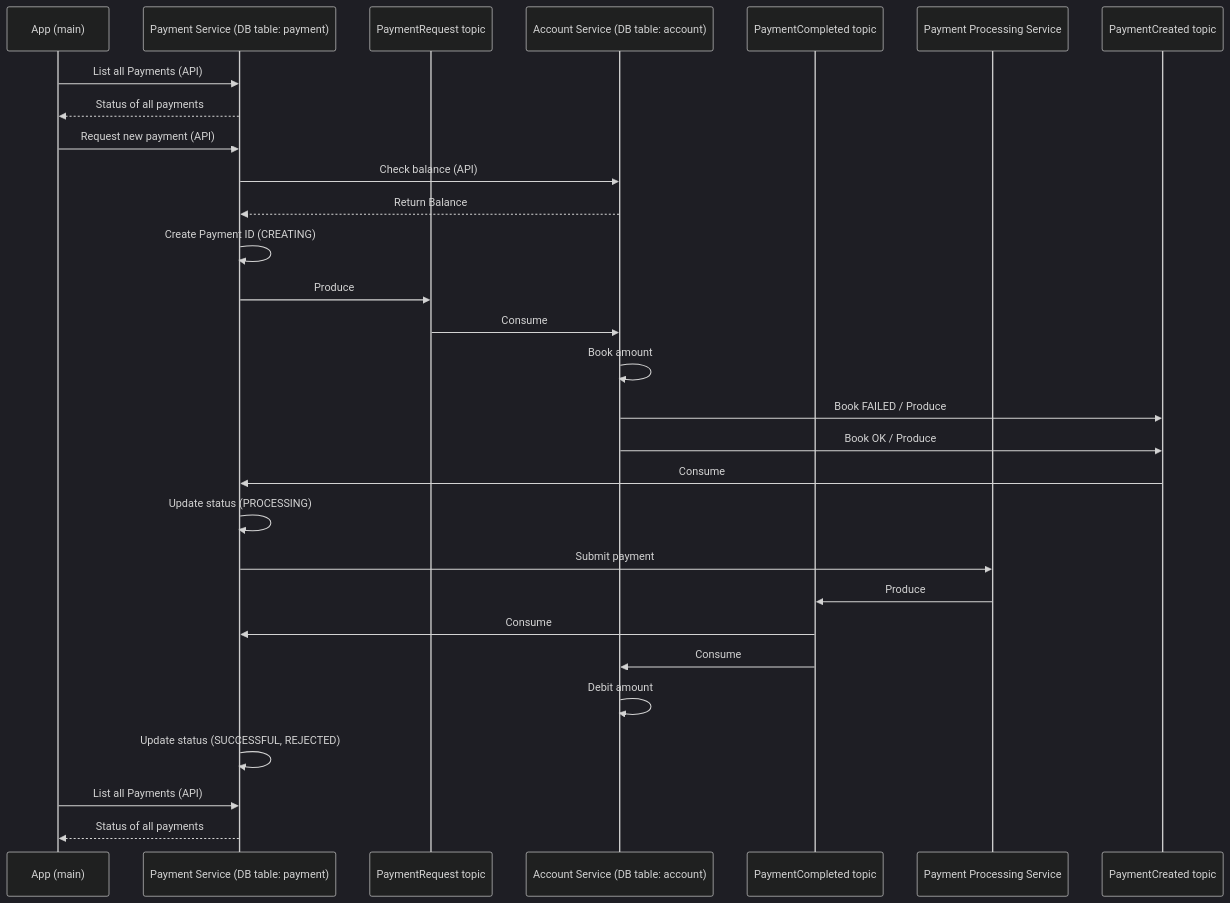
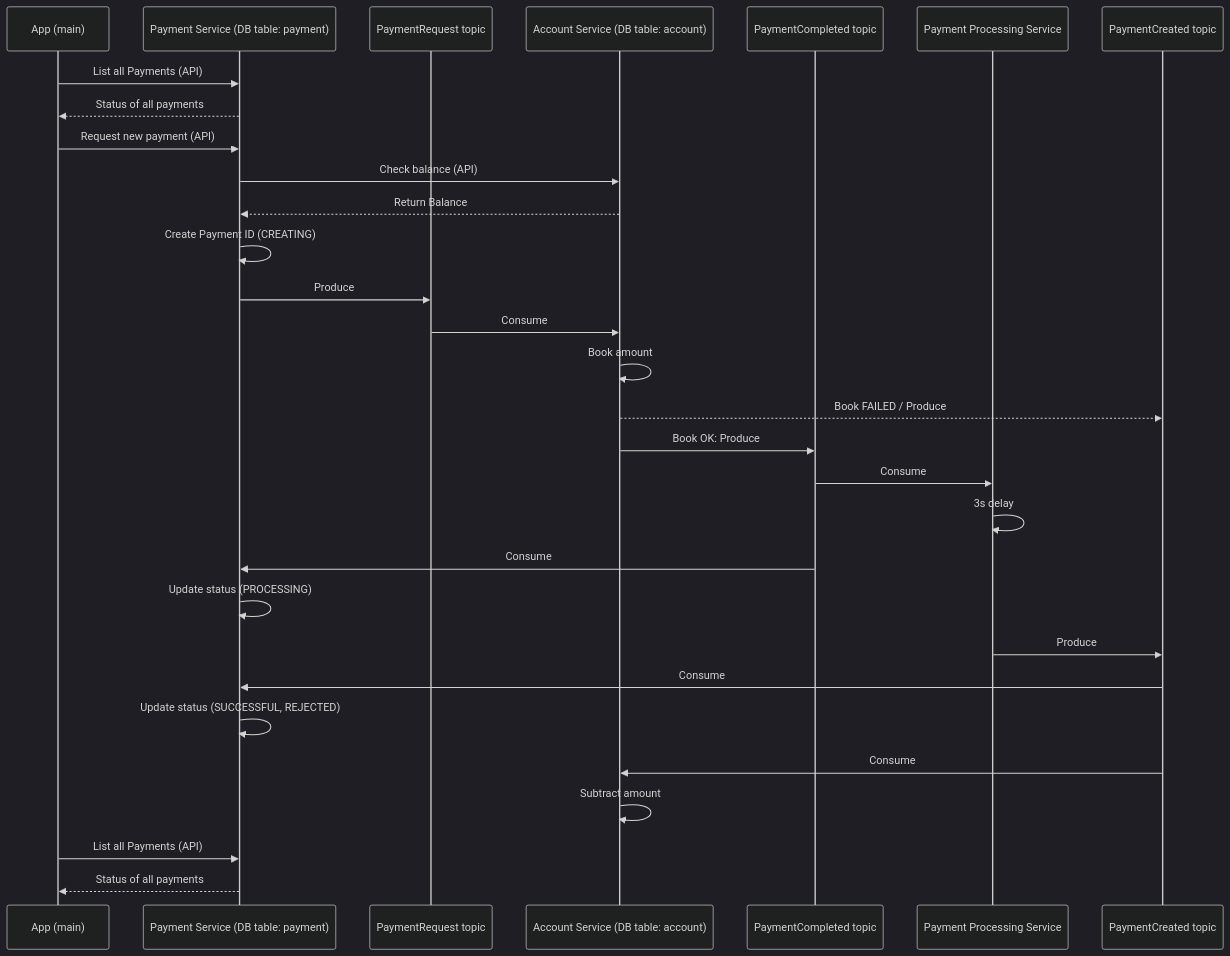
The second of 2 diagrams in README.md (nqtinhr/webflux-kafka), drawn with Mermaid (dark theme) before and after one commit. The commit also changed 88 other files, not shown here.

````diff
--- a/README.md
+++ b/README.md
@@ -39,47 +39,43 @@
 ```mermaid
 sequenceDiagram
     participant App as App (main)
     participant PaymentService as Payment Service (DB table: payment)
     participant PaymentRequestTopic as PaymentRequest topic
     participant AccountService as Account Service (DB table: account)
     participant PaymentCompletedTopic as PaymentCompleted topic
     participant PaymentProcessingService as Payment Processing Service
     participant PaymentCreatedTopic as PaymentCreated topic
 
     %% Flow: Listing all payments
     App->>PaymentService: List all Payments (API)
     PaymentService-->>App: Status of all payments
 
     %% Flow: Requesting a new payment
     App->>PaymentService: Request new payment (API)
     PaymentService->>AccountService: Check balance (API)
     AccountService-->>PaymentService: Return Balance
     PaymentService->>PaymentService: Create Payment ID (CREATING)
     PaymentService->>PaymentRequestTopic: Produce
 
     %% Flow: Account Service processes payment request
     PaymentRequestTopic->>AccountService: Consume
     AccountService->>AccountService: Book amount
-    AccountService->>PaymentCreatedTopic: Book FAILED / Produce
-    AccountService->>PaymentCreatedTopic: Book OK / Produce
+    AccountService-->>PaymentCreatedTopic: Book FAILED / Produce
+    AccountService->>PaymentCompletedTopic: Book OK: Produce
+    PaymentCompletedTopic->>PaymentProcessingService: Consume
+    PaymentProcessingService->>PaymentProcessingService: 3s delay
+    PaymentCompletedTopic->>PaymentService: Consume
+    PaymentService->>PaymentService: Update status (PROCESSING)
+    PaymentProcessingService->>PaymentCreatedTopic: Produce
 
     %% Flow: Payment Service consumes and updates status
     PaymentCreatedTopic->>PaymentService: Consume
-    PaymentService->>PaymentService: Update status (PROCESSING)
-    PaymentService->>PaymentProcessingService: Submit payment
+    PaymentService->>PaymentService: Update status (SUCCESSFUL, REJECTED)
 
-    %% Flow: Payment Processing Service updates and produces result
-    PaymentProcessingService->>PaymentCompletedTopic: Produce
-
-    %% Flow: Payment Service and Account Service consume completion
-    PaymentCompletedTopic->>PaymentService: Consume
-    PaymentCompletedTopic->>AccountService: Consume
-    AccountService->>AccountService: Debit amount
-
-    %% Flow: Final status update
-    PaymentService->>PaymentService: Update status (SUCCESSFUL, REJECTED)
+    PaymentCreatedTopic->>AccountService: Consume
+    AccountService->>AccountService: Subtract amount
 
     %% Flow: Listing all payments again
     App->>PaymentService: List all Payments (API)
     PaymentService-->>App: Status of all payments
 ```
````
